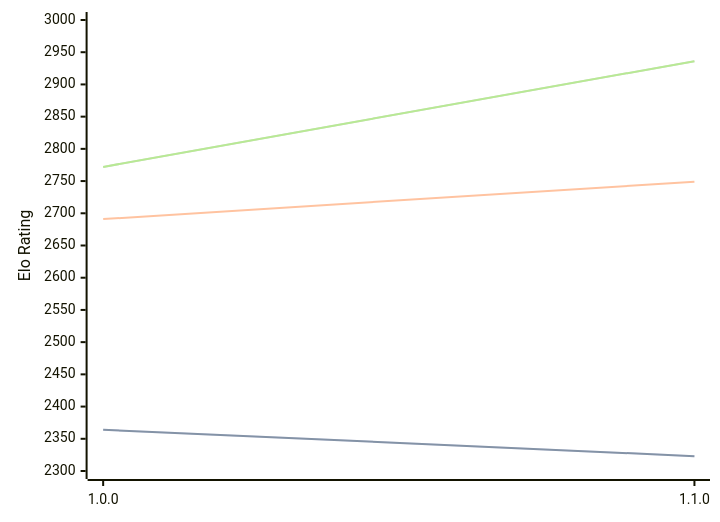
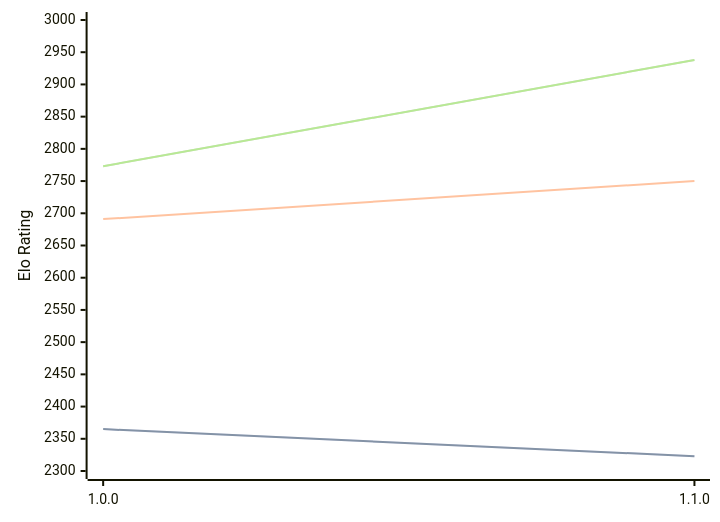
The diagram in engines/ShallowGuess.md (computer-chess-index/cci), drawn with Mermaid before and after one commit. The commit also changed other lines of this file, not shown here.

Commit message:
Update CCI Ratings (ELO VLTC) - 2026-03-29

````diff
--- a/engines/ShallowGuess.md
+++ b/engines/ShallowGuess.md
@@ -36,11 +36,11 @@
 ```mermaid
 %%{init: {"theme":"base","themeVariables":{"seriesColors:['#a3a3a3','#222221','#faa371']}}}%%
 xychart-beta
   x-axis ["1.0.0", "1.1.0"]
   y-axis "Elo Rating" 2300 --> 3000
-  line "STC (8.0+0.08s)" [2364, 2323]
-  line "STC (8.0+0.08s)" [2364, 2323]
-  line "LTC (60.0+0.60s)" [2691, 2749]
-  line "VLTC (2m24s+1.12s)" [2772, 2936]
-  line "VLTC (2m24s+1.12s)" [2772, 2936]
+  line "STC (8.0+0.08s)" [2365, 2323]
+  line "STC (8.0+0.08s)" [2365, 2323]
+  line "LTC (60.0+0.60s)" [2691, 2750]
+  line "VLTC (2m24s+1.12s)" [2773, 2938]
+  line "VLTC (2m24s+1.12s)" [2773, 2938]
 ```
````
